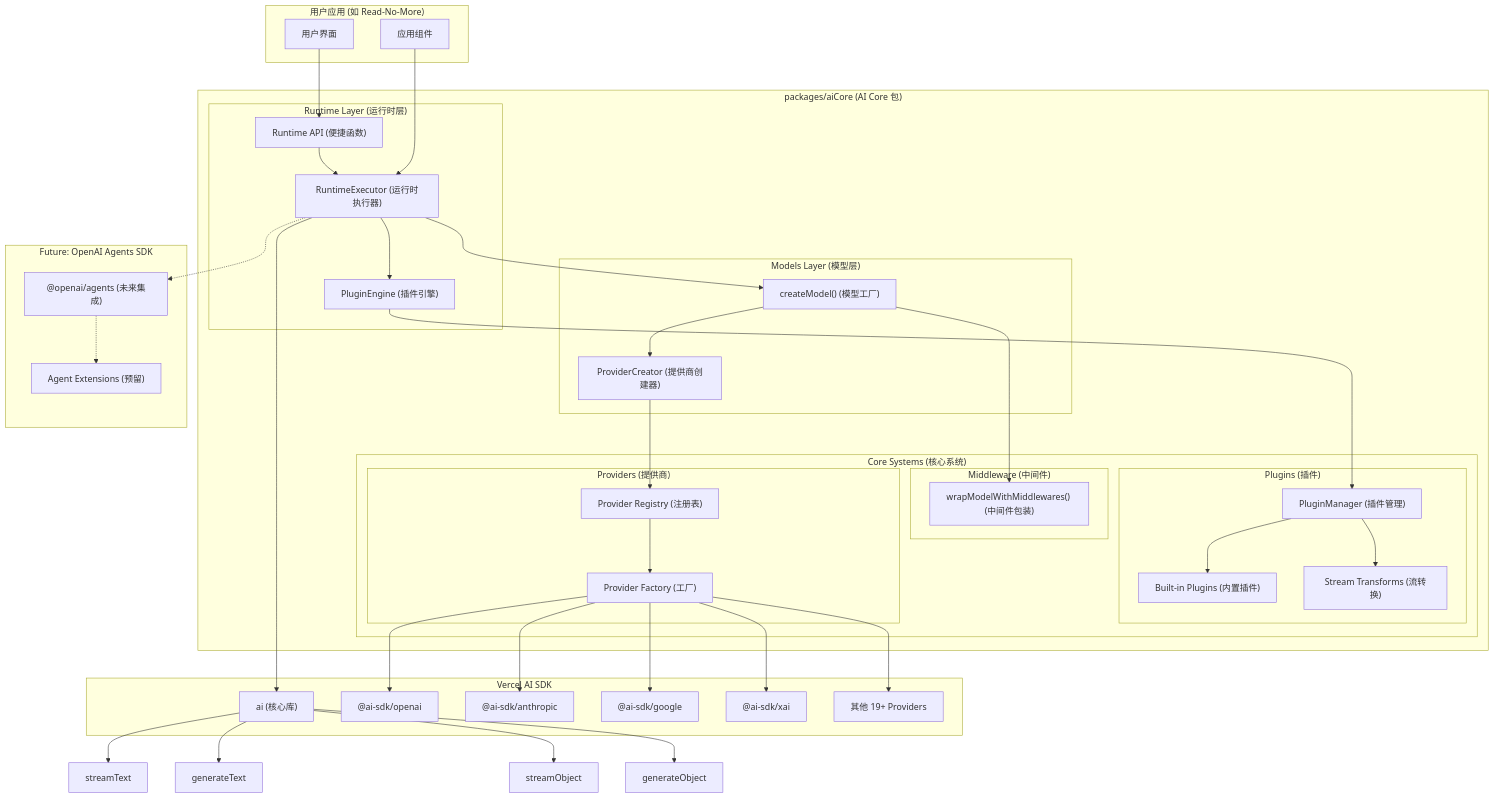
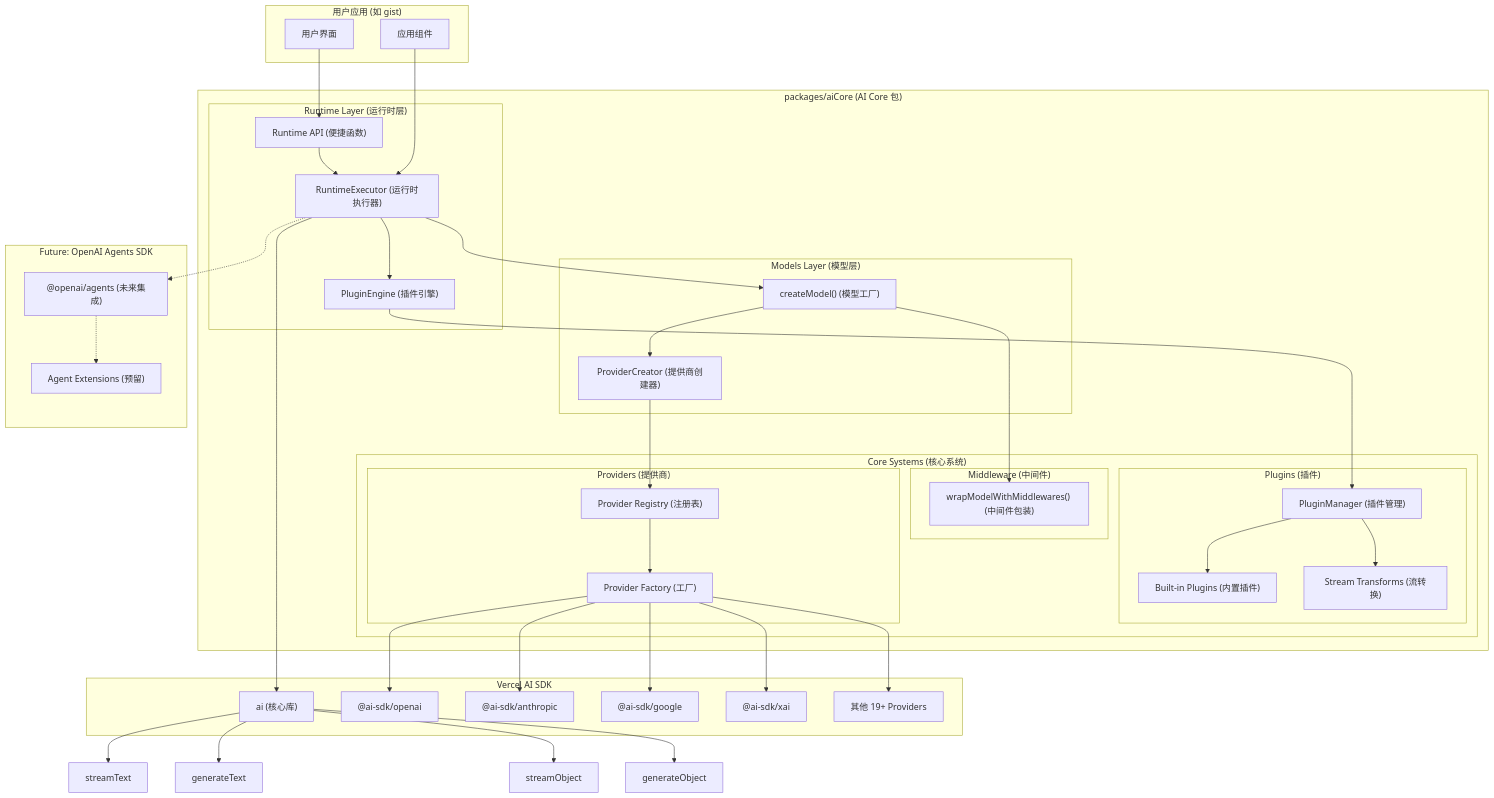
Before and after one commit to motto1/gist: the diagram in packages/aiCore/AI_SDK_ARCHITECTURE.md, drawn with Mermaid. The commit also changed 110 other files, not shown here.

````diff
--- a/packages/aiCore/AI_SDK_ARCHITECTURE.md
+++ b/packages/aiCore/AI_SDK_ARCHITECTURE.md
@@ -29,80 +29,80 @@
 ```mermaid
 graph TD
-    subgraph "用户应用 (如 Read-No-More)"
+    subgraph "用户应用 (如 gist)"
         UI["用户界面"]
         Components["应用组件"]
     end
 
     subgraph "packages/aiCore (AI Core 包)"
         subgraph "Runtime Layer (运行时层)"
             RuntimeExecutor["RuntimeExecutor (运行时执行器)"]
             PluginEngine["PluginEngine (插件引擎)"]
             RuntimeAPI["Runtime API (便捷函数)"]
         end
 
         subgraph "Models Layer (模型层)"
             ModelFactory["createModel() (模型工厂)"]
             ProviderCreator["ProviderCreator (提供商创建器)"]
         end
 
         subgraph "Core Systems (核心系统)"
             subgraph "Plugins (插件)"
                 PluginManager["PluginManager (插件管理)"]
                 BuiltInPlugins["Built-in Plugins (内置插件)"]
                 StreamTransforms["Stream Transforms (流转换)"]
             end
 
             subgraph "Middleware (中间件)"
                 MiddlewareWrapper["wrapModelWithMiddlewares() (中间件包装)"]
             end
 
             subgraph "Providers (提供商)"
                 Registry["Provider Registry (注册表)"]
                 Factory["Provider Factory (工厂)"]
             end
         end
     end
 
     subgraph "Vercel AI SDK"
         AICore["ai (核心库)"]
         OpenAI["@ai-sdk/openai"]
         Anthropic["@ai-sdk/anthropic"]
         Google["@ai-sdk/google"]
         XAI["@ai-sdk/xai"]
         Others["其他 19+ Providers"]
     end
 
     subgraph "Future: OpenAI Agents SDK"
         AgentSDK["@openai/agents (未来集成)"]
         AgentExtensions["Agent Extensions (预留)"]
     end
 
     UI --> RuntimeAPI
     Components --> RuntimeExecutor
     RuntimeAPI --> RuntimeExecutor
     RuntimeExecutor --> PluginEngine
     RuntimeExecutor --> ModelFactory
     PluginEngine --> PluginManager
     ModelFactory --> ProviderCreator
     ModelFactory --> MiddlewareWrapper
     ProviderCreator --> Registry
     Registry --> Factory
     Factory --> OpenAI
     Factory --> Anthropic
     Factory --> Google
     Factory --> XAI
     Factory --> Others
 
     RuntimeExecutor --> AICore
     AICore --> streamText
     AICore --> generateText
     AICore --> streamObject
     AICore --> generateObject
 
     PluginManager --> StreamTransforms
     PluginManager --> BuiltInPlugins
 
     %% 未来集成路径
     RuntimeExecutor -.-> AgentSDK
     AgentSDK -.-> AgentExtensions
 ```
````
